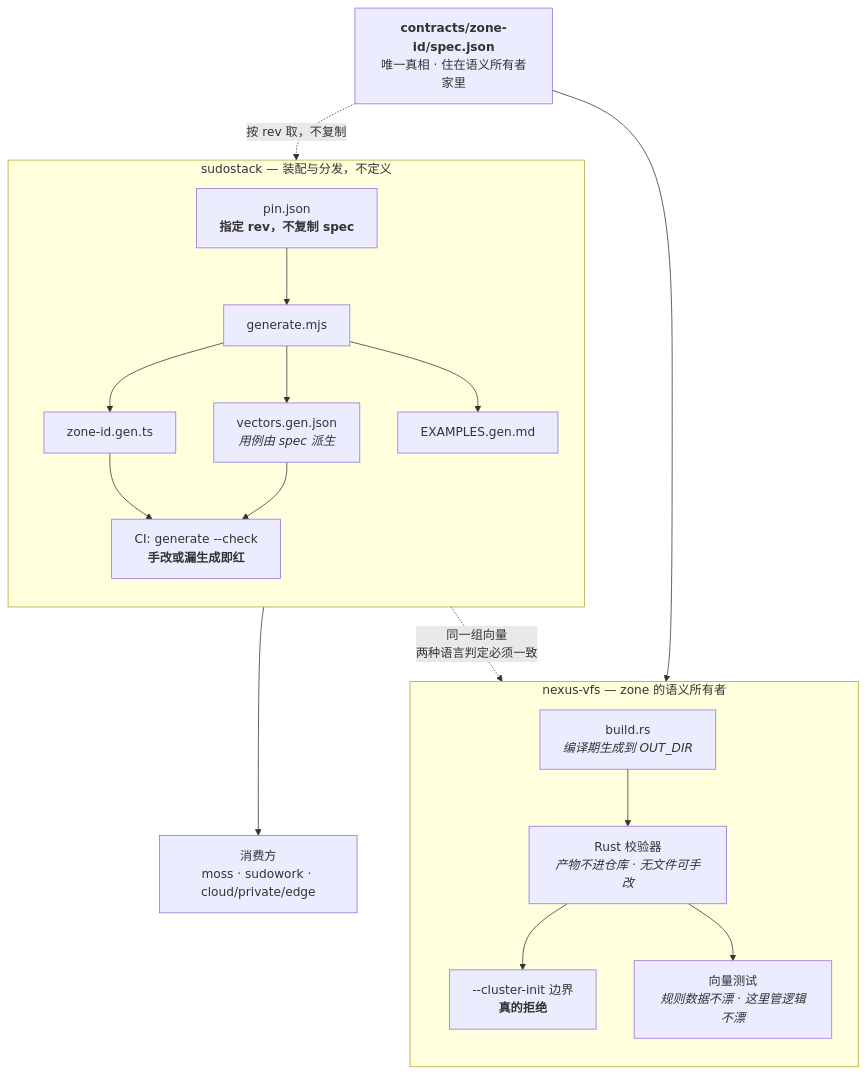
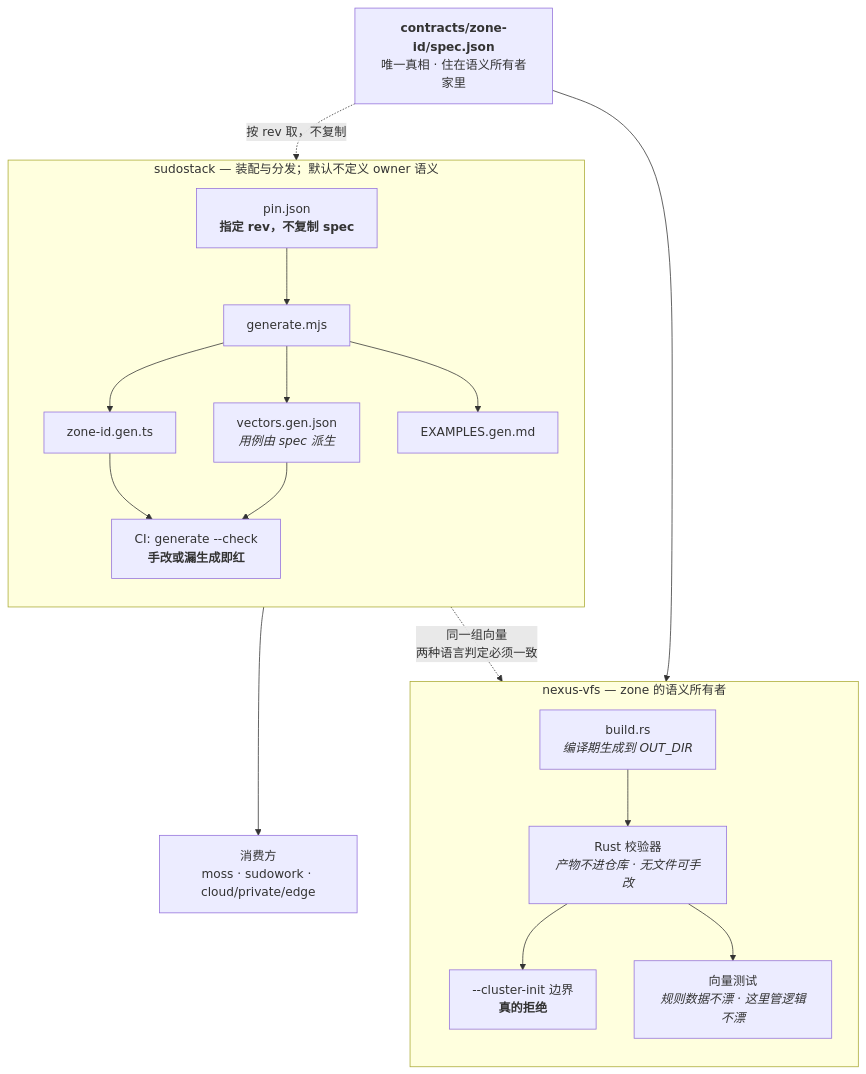
The first of 4 diagrams in README.md (sudoprivacy/sudostack), drawn with Mermaid before and after one commit. The commit also changed other lines of this file and 7 other files, not shown here.

````diff
--- a/README.md
+++ b/README.md
@@ -55,33 +55,33 @@
 ```mermaid
 flowchart TB
   SPEC["<b>contracts/zone-id/spec.json</b><br/>唯一真相 · 住在语义所有者家里"]
 
   subgraph NV["nexus-vfs — zone 的语义所有者"]
     direction TB
     BUILD["build.rs<br/><i>编译期生成到 OUT_DIR</i>"]
     RUSTV["Rust 校验器<br/><i>产物不进仓库 · 无文件可手改</i>"]
     BOUND["--cluster-init 边界<br/><b>真的拒绝</b>"]
     RVEC["向量测试<br/><i>规则数据不漂 · 这里管逻辑不漂</i>"]
   end
 
-  subgraph SS["sudostack — 装配与分发，不定义"]
+  subgraph SS["sudostack — 装配与分发；默认不定义 owner 语义"]
     direction TB
     PIN["pin.json<br/><b>指定 rev，不复制 spec</b>"]
     GEN["generate.mjs"]
     TSV["zone-id.gen.ts"]
     VEC["vectors.gen.json<br/><i>用例由 spec 派生</i>"]
     EX["EXAMPLES.gen.md"]
     CIG["CI: generate --check<br/><b>手改或漏生成即红</b>"]
   end
 
   CONS["消费方<br/>moss · sudowork · cloud/private/edge"]
 
   SPEC --> BUILD --> RUSTV --> BOUND
   RUSTV --> RVEC
   SPEC -.->|"按 rev 取，不复制"| PIN
   PIN --> GEN --> TSV --> CIG
   GEN --> VEC --> CIG
   GEN --> EX
   VEC -.->|"同一组向量<br/>两种语言判定必须一致"| RVEC
   TSV --> CONS
 ```
````
